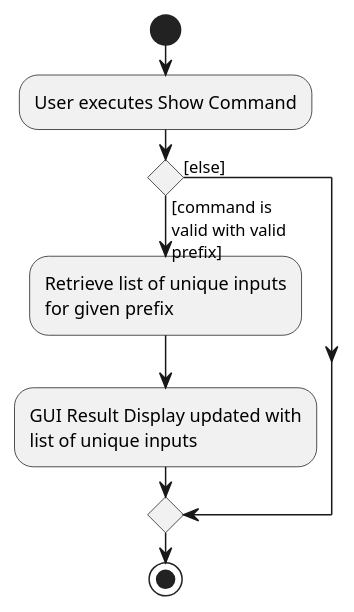
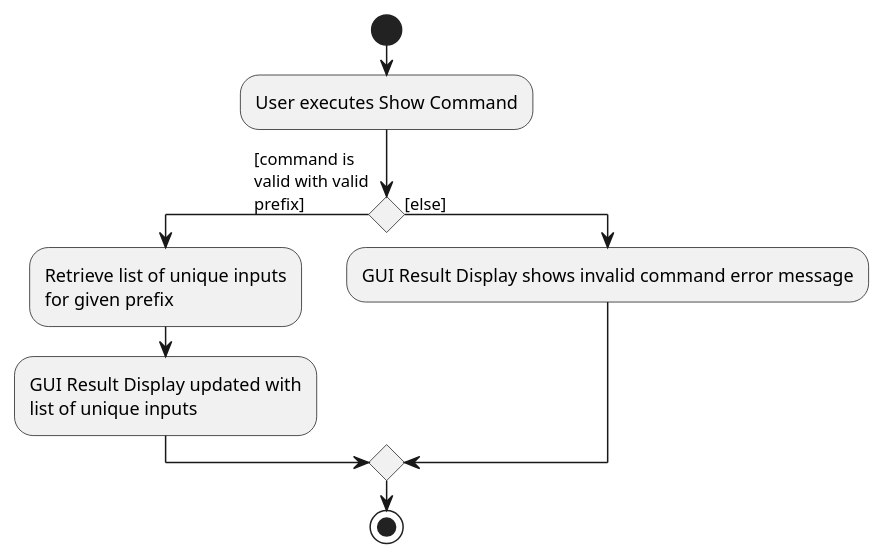
The diagram in docs/diagrams/ShowCommandActivityDiagram.puml (nus-cs2103-AY2122S1/tp), drawn with PlantUML before and after one commit. The commit also changed other lines of this file and 1 other file, not shown here.

Commit message:
Add action to show command activity diagram

```diff
--- a/docs/diagrams/ShowCommandActivityDiagram.puml
+++ b/docs/diagrams/ShowCommandActivityDiagram.puml
@@ -1,19 +1,22 @@
 @startuml
 start
 :User executes Show Command;
 
 'Since the beta syntax does not support placing the condition outside the
 'diamond we place it as the true branch instead.
 
 if () then ([command is
 valid with valid
 prefix])
 
     :Retrieve list of unique inputs
     for given prefix;
     :GUI Result Display updated with
     list of unique inputs;
 else ([else])
+
+:GUI Result Display shows invalid command error message;
+
 endif
 stop
 @enduml
```
